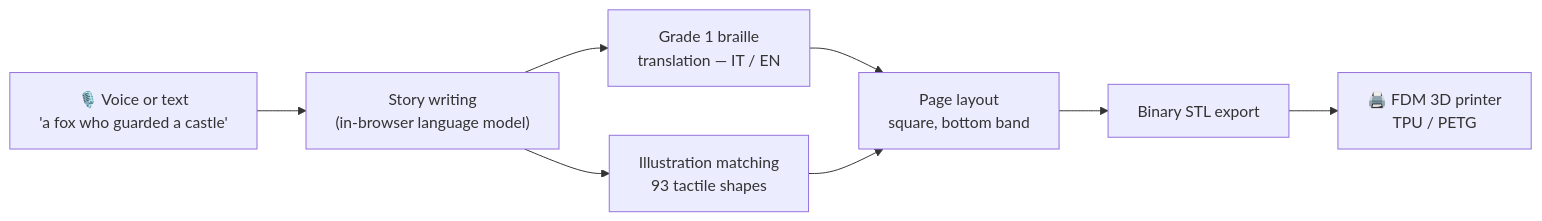
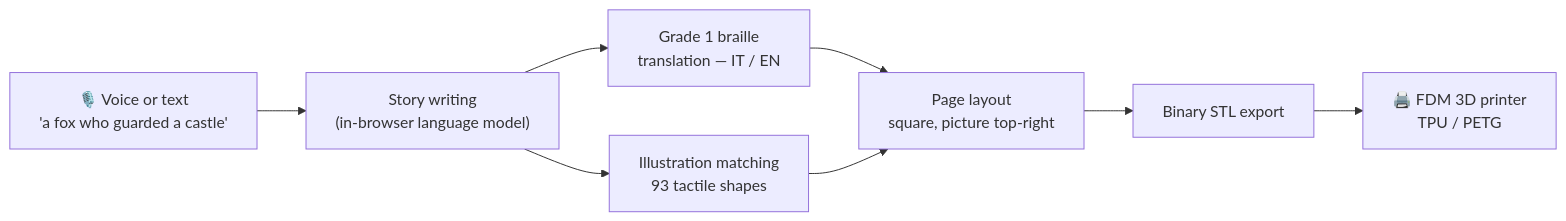
Before and after one commit to thatsfaso/tact: the diagram in README.md, drawn with Mermaid. The commit also changed other lines of this file and 4 other files, not shown here.

First line of the commit message:
Docs and README for the top-right picture layout, silhouettes and 0.4 mm relief

````diff
--- a/README.md
+++ b/README.md
@@ -31,10 +31,10 @@
 ```mermaid
 flowchart LR
     A["🎙️ Voice or text\n'a fox who guarded a castle'"] --> B["Story writing\n(in-browser language model)"]
     B --> C["Grade 1 braille\ntranslation — IT / EN"]
     B --> D["Illustration matching\n93 tactile shapes"]
-    C --> E["Page layout\nsquare, bottom band"]
+    C --> E["Page layout\nsquare, picture top-right"]
     D --> E
     E --> F["Binary STL export"]
     F --> G["🖨️ FDM 3D printer\nTPU / PETG"]
 ```
````
